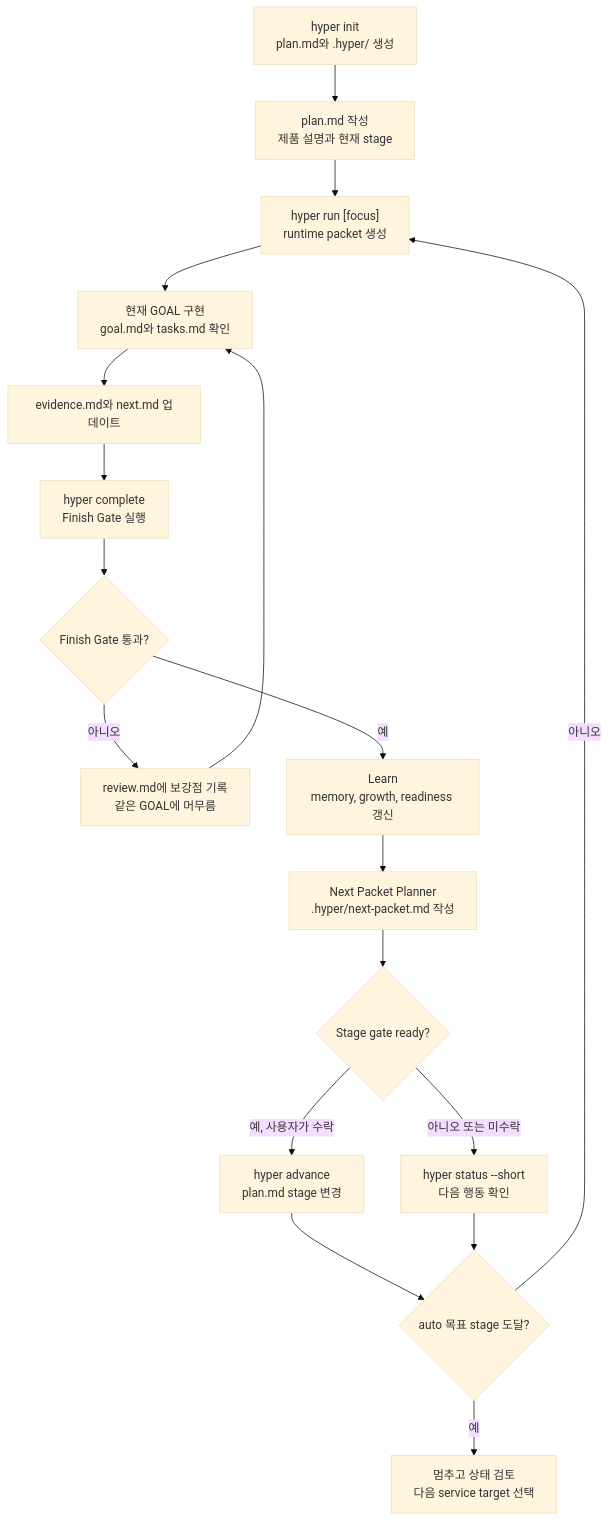
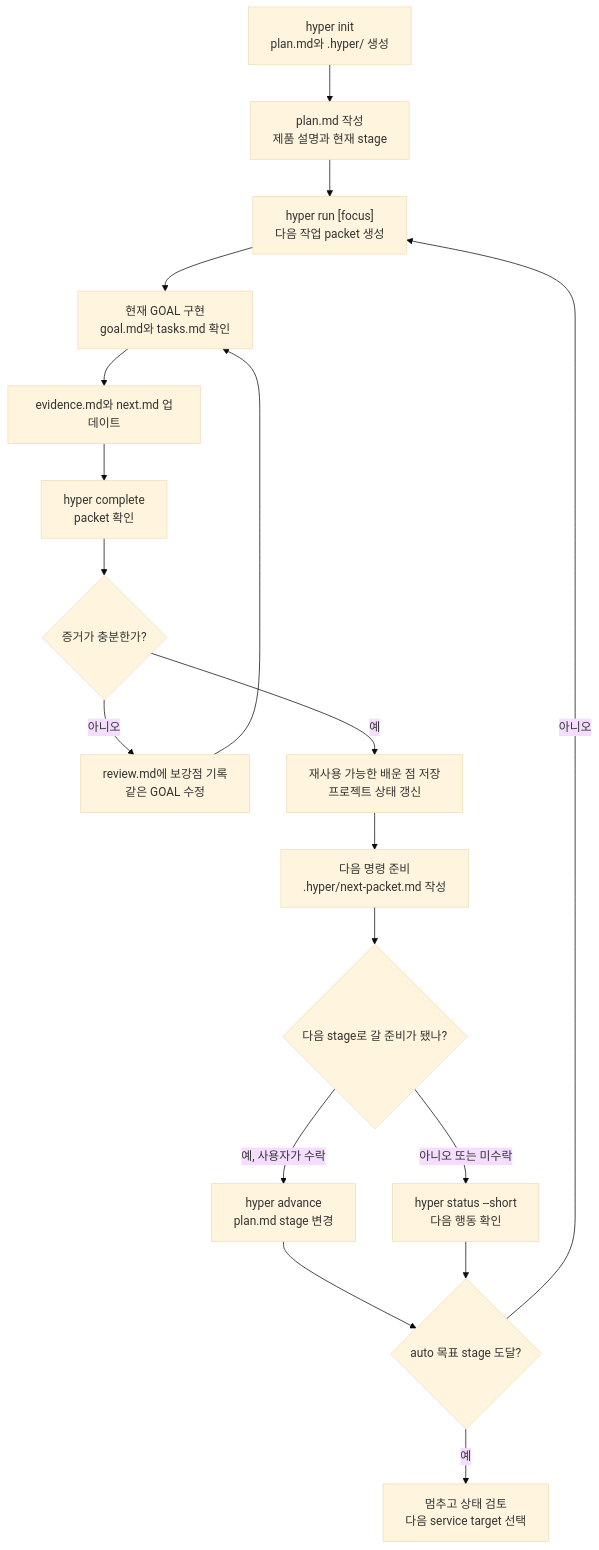
Before and after one commit to KoreanCode/orange-hyper-run: the diagram in README_ko.md, drawn with Mermaid (base theme). The commit also changed other lines of this file and 1 other file, not shown here.

````diff
--- a/README_ko.md
+++ b/README_ko.md
@@ -117,20 +124,20 @@
 ```mermaid
 flowchart TD
   A["hyper init<br/>plan.md와 .hyper/ 생성"] --> B["plan.md 작성<br/>제품 설명과 현재 stage"]
-  B --> C["hyper run [focus]<br/>runtime packet 생성"]
+  B --> C["hyper run [focus]<br/>다음 작업 packet 생성"]
   C --> D["현재 GOAL 구현<br/>goal.md와 tasks.md 확인"]
   D --> E["evidence.md와 next.md 업데이트"]
-  E --> F["hyper complete<br/>Finish Gate 실행"]
-  F --> G{"Finish Gate 통과?"}
-  G -- "아니오" --> H["review.md에 보강점 기록<br/>같은 GOAL에 머무름"]
+  E --> F["hyper complete<br/>packet 확인"]
+  F --> G{"증거가 충분한가?"}
+  G -- "아니오" --> H["review.md에 보강점 기록<br/>같은 GOAL 수정"]
   H --> D
-  G -- "예" --> I["Learn<br/>memory, growth, readiness 갱신"]
-  I --> J["Next Packet Planner<br/>.hyper/next-packet.md 작성"]
-  J --> K{"Stage gate ready?"}
+  G -- "예" --> I["재사용 가능한 배운 점 저장<br/>프로젝트 상태 갱신"]
+  I --> J["다음 명령 준비<br/>.hyper/next-packet.md 작성"]
+  J --> K{"다음 stage로 갈 준비가 됐나?"}
   K -- "예, 사용자가 수락" --> L["hyper advance<br/>plan.md stage 변경"]
   K -- "아니오 또는 미수락" --> M["hyper status --short<br/>다음 행동 확인"]
   L --> N{"auto 목표 stage 도달?"}
   M --> N
   N -- "아니오" --> C
   N -- "예" --> O["멈추고 상태 검토<br/>다음 service target 선택"]
 ```
````
